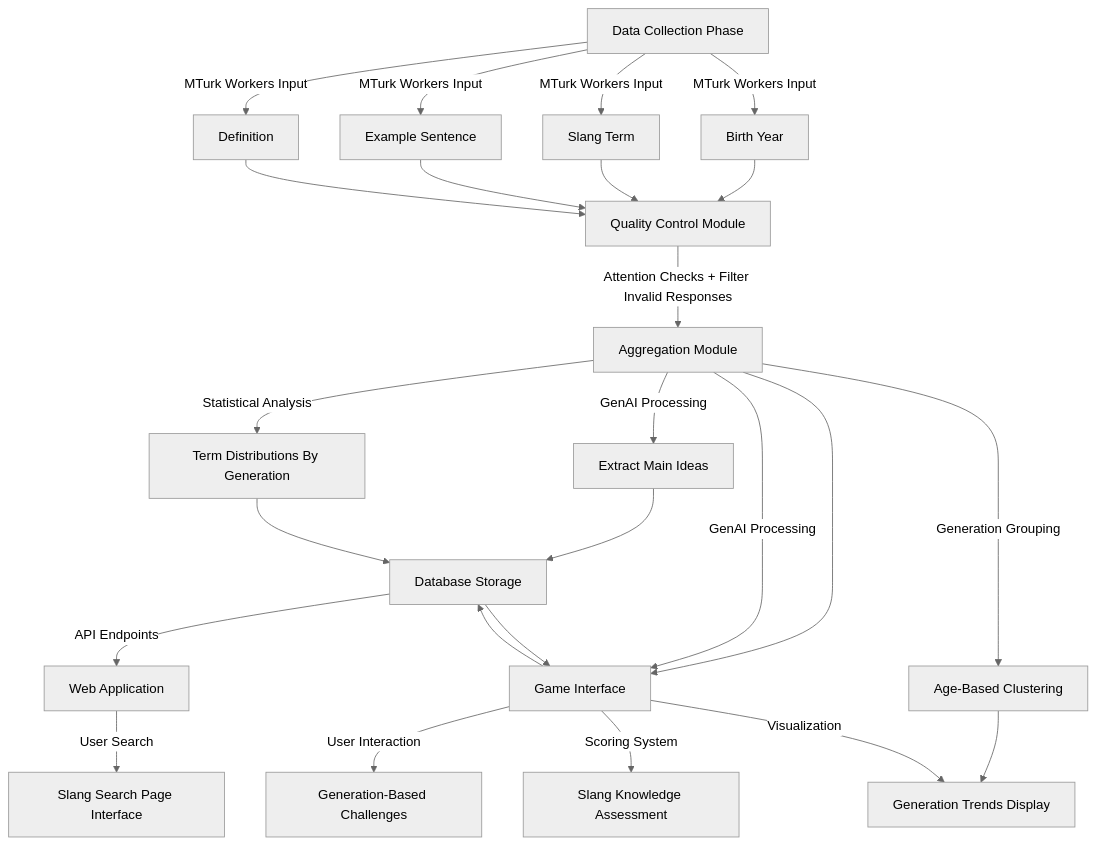
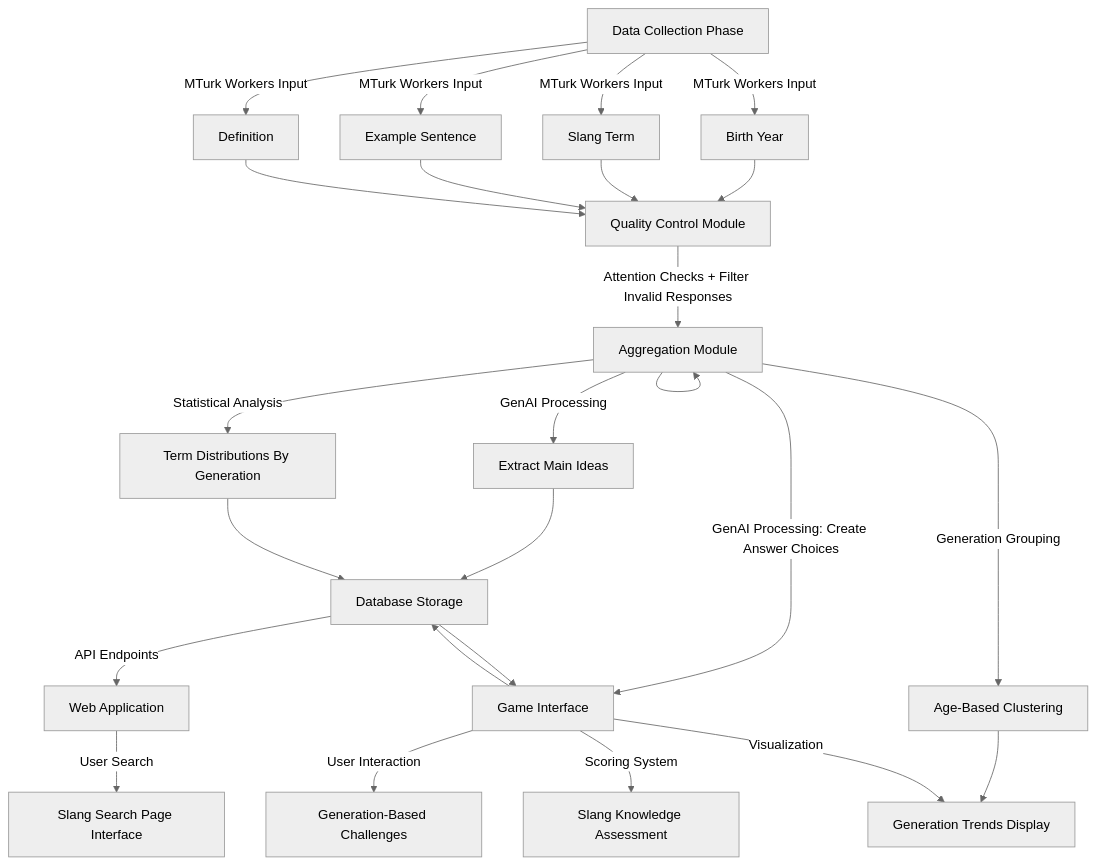
The diagram in flowchat2.md (qareeb19/nets-2130), drawn with Mermaid (neutral theme) before and after one commit.

````diff
--- a/flowchat2.md
+++ b/flowchat2.md
@@ -1,34 +1,34 @@
 ```mermaid
 flowchart TD
     A[Data Collection Phase] --> |MTurk Workers Input| A1[Birth Year]
     A --> |MTurk Workers Input| A2[Slang Term]
     A --> |MTurk Workers Input| A3[Example Sentence]
     A --> |MTurk Workers Input| A4[Definition]
 
     A1 --> B[Quality Control Module]
     A2 --> B
     A3 --> B
     A4 --> B
 
     B --> |Attention Checks + Filter Invalid Responses| C[Aggregation Module]
 
     C --> |GenAI Processing| C1[Extract Main Ideas]
     C --> |Statistical Analysis| C2[Term Distributions By Generation]
     C --> |Generation Grouping| C3[Age-Based Clustering]
 
     C1 --> E
     C2 --> E
     C3 --> D3
 
 
-    C --> D[Game Interface]
-    C --> |GenAI Processing| D
+    C --> 
+    C --> |GenAI Processing: Create Answer Choices| D[Game Interface]
     D --> |User Interaction| D1[Generation-Based Challenges]
     D --> |Scoring System| D2[Slang Knowledge Assessment]
     D --> |Visualization| D3[Generation Trends Display]
 
     D --> E[Database Storage]
     E --> D
     E --> |API Endpoints| F[Web Application]
     F --> |User Search| G[Slang Search Page Interface]
 ```
````
